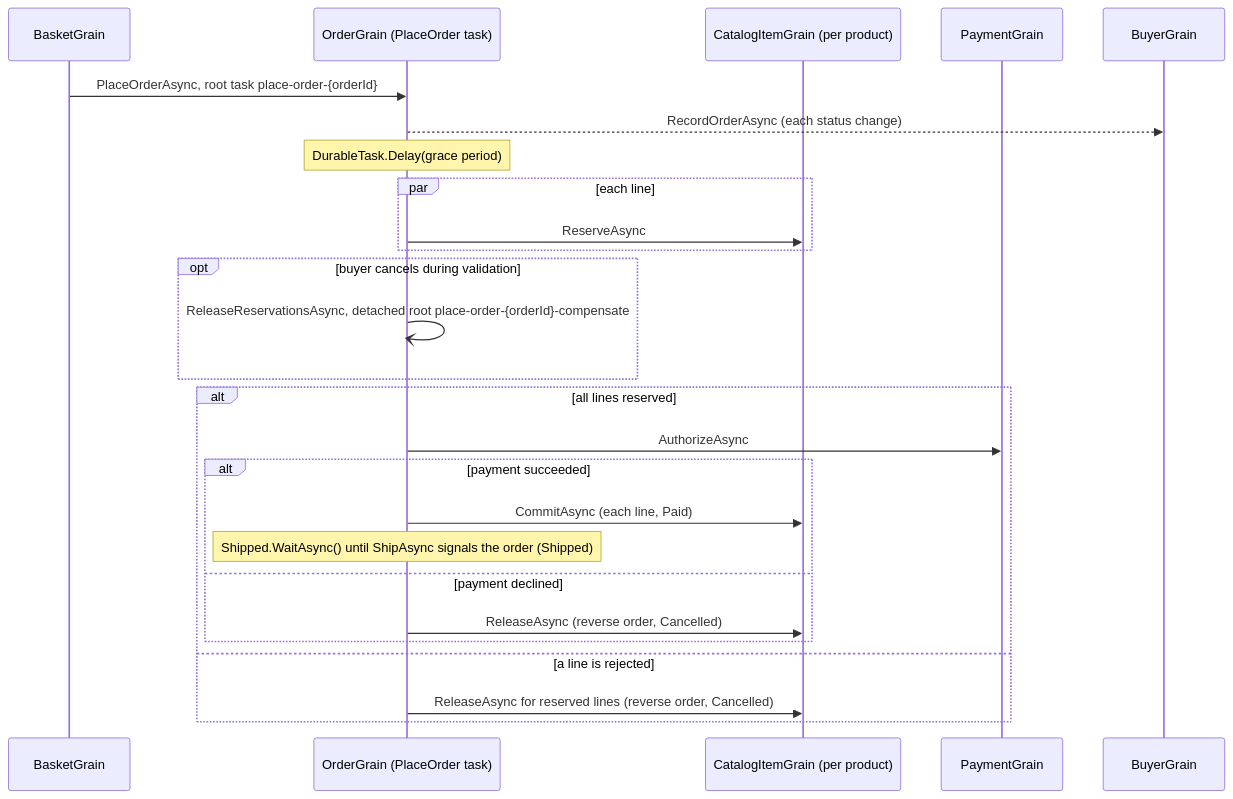
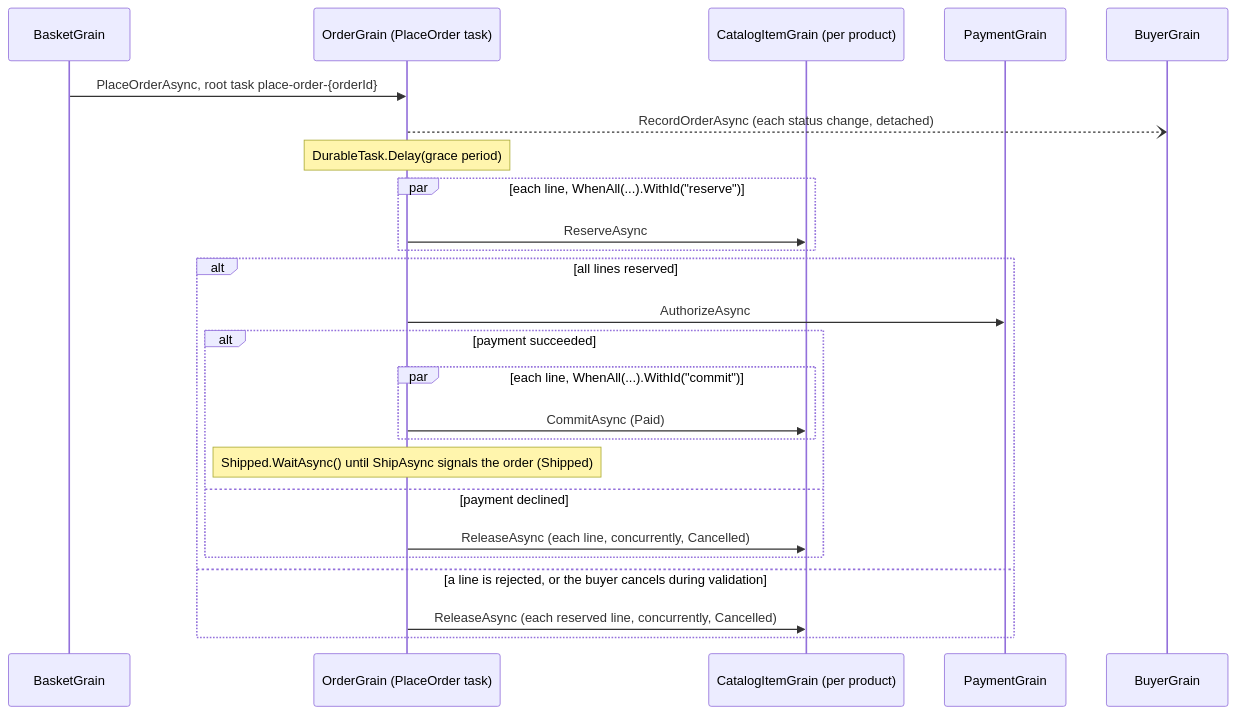
The diagram in playground/DurableOrderProcessing/README.md (ReubenBond/orleans), drawn with Mermaid before and after one commit. The commit also changed other lines of this file and 3 other files, not shown here.

````diff
--- a/playground/DurableOrderProcessing/README.md
+++ b/playground/DurableOrderProcessing/README.md
@@ -16,28 +16,27 @@
 ```mermaid
 sequenceDiagram
     participant Basket as BasketGrain
     participant Order as OrderGrain (PlaceOrder task)
     participant Catalog as CatalogItemGrain (per product)
     participant Payment as PaymentGrain
     participant Buyer as BuyerGrain
     Basket->>Order: PlaceOrderAsync, root task place-order-{orderId}
-    Order-->>Buyer: RecordOrderAsync (each status change)
+    Order--)Buyer: RecordOrderAsync (each status change, detached)
     Note over Order: DurableTask.Delay(grace period)
-    par each line
+    par each line, WhenAll(...).WithId("reserve")
         Order->>Catalog: ReserveAsync
-    end
-    opt buyer cancels during validation
-        Order-)Order: ReleaseReservationsAsync, detached root place-order-{orderId}-compensate
     end
     alt all lines reserved
         Order->>Payment: AuthorizeAsync
         alt payment succeeded
-            Order->>Catalog: CommitAsync (each line, Paid)
+            par each line, WhenAll(...).WithId("commit")
+                Order->>Catalog: CommitAsync (Paid)
+            end
             Note over Order: Shipped.WaitAsync() until ShipAsync signals the order (Shipped)
         else payment declined
-            Order->>Catalog: ReleaseAsync (reverse order, Cancelled)
+            Order->>Catalog: ReleaseAsync (each line, concurrently, Cancelled)
         end
-    else a line is rejected
-        Order->>Catalog: ReleaseAsync for reserved lines (reverse order, Cancelled)
+    else a line is rejected, or the buyer cancels during validation
+        Order->>Catalog: ReleaseAsync (each reserved line, concurrently, Cancelled)
     end
 ```
````
